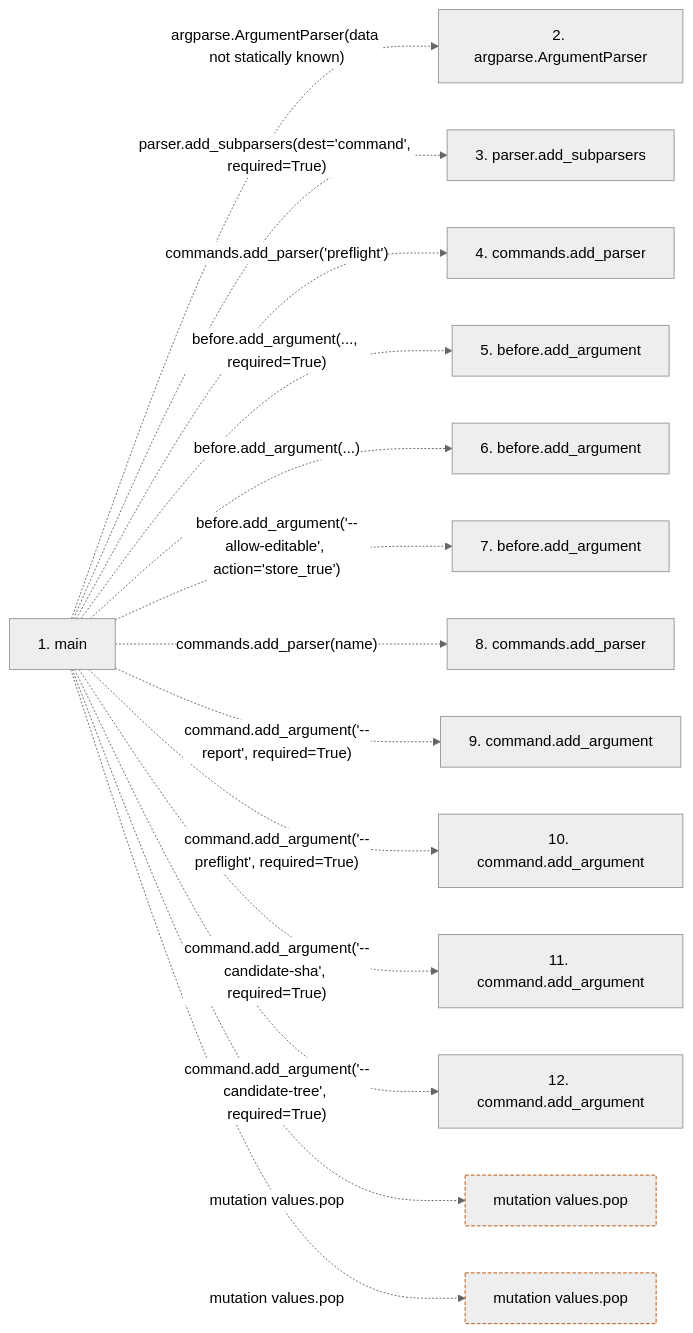
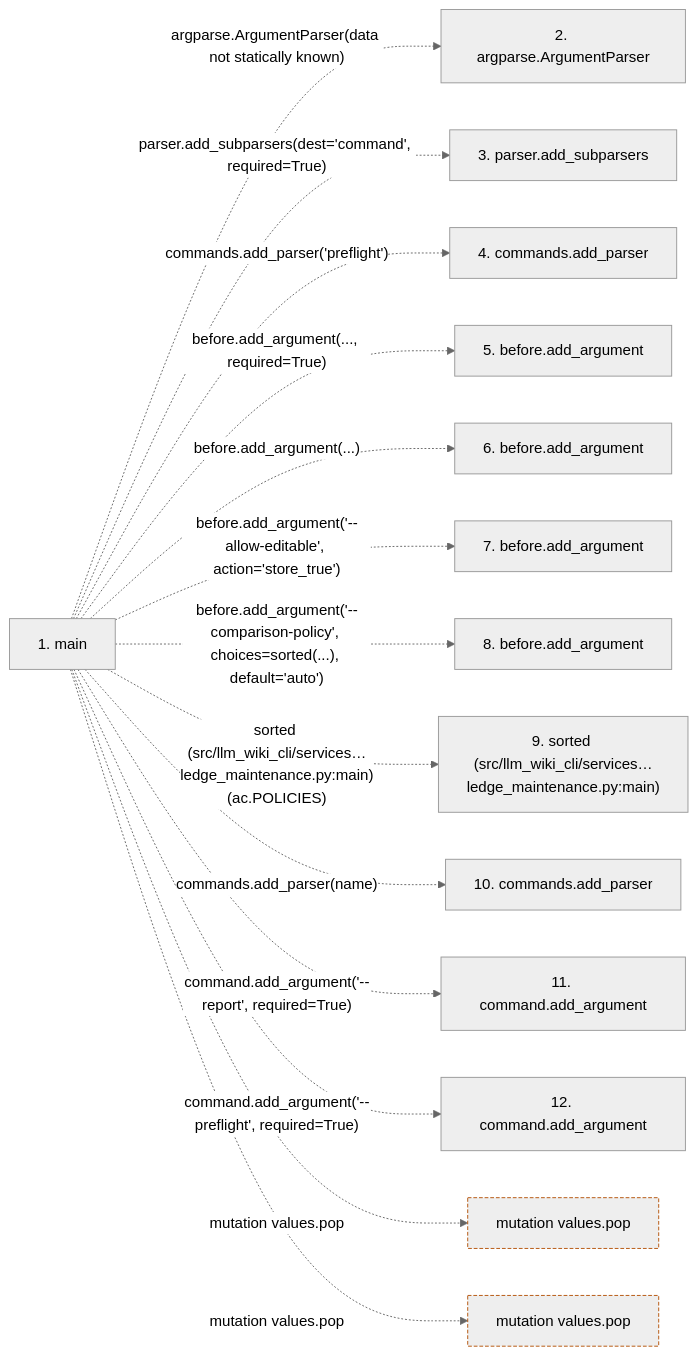
Before and after one commit to Denissvgn/python-wiki-llm: the second of 2 diagrams in docs/llm_wiki/flows/process-knowledge_maintenance.md, drawn with Mermaid (neutral theme). The commit also changed other lines of this file and 391 other files, not shown here.

````diff
--- a/docs/llm_wiki/flows/process-knowledge_maintenance.md
+++ b/docs/llm_wiki/flows/process-knowledge_maintenance.md
@@ -127,34 +128,34 @@
 ```mermaid
 flowchart LR
     s1["1. main"]
     s2["2. argparse.ArgumentParser"]
     s3["3. parser.add_subparsers"]
     s4["4. commands.add_parser"]
     s5["5. before.add_argument"]
     s6["6. before.add_argument"]
     s7["7. before.add_argument"]
-    s8["8. commands.add_parser"]
-    s9["9. command.add_argument"]
-    s10["10. command.add_argument"]
+    s8["8. before.add_argument"]
+    s9["9. sorted (src/llm_wiki_cli/services…ledge_maintenance.py:main)"]
+    s10["10. commands.add_parser"]
     s11["11. command.add_argument"]
     s12["12. command.add_argument"]
     s1 -. "argparse.ArgumentParser(data not statically known)" .-> s2
     s1 -. "parser.add_subparsers(dest='command', required=True)" .-> s3
     s1 -. "commands.add_parser('preflight')" .-> s4
     s1 -. "before.add_argument(..., required=True)" .-> s5
     s1 -. "before.add_argument(...)" .-> s6
     s1 -. "before.add_argument('--allow-editable', action='store_true')" .-> s7
-    s1 -. "commands.add_parser(name)" .-> s8
-    s1 -. "command.add_argument('--report', required=True)" .-> s9
-    s1 -. "command.add_argument('--preflight', required=True)" .-> s10
-    s1 -. "command.add_argument('--candidate-sha', required=True)" .-> s11
-    s1 -. "command.add_argument('--candidate-tree', required=True)" .-> s12
+    s1 -. "before.add_argument('--comparison-policy', choices=sorted(...), default='auto')" .-> s8
+    s1 -. "sorted (src/llm_wiki_cli/services…ledge_maintenance.py:main)(ac.POLICIES)" .-> s9
+    s1 -. "commands.add_parser(name)" .-> s10
+    s1 -. "command.add_argument('--report', required=True)" .-> s11
+    s1 -. "command.add_argument('--preflight', required=True)" .-> s12
     b0["mutation values.pop"]
     s1 -. "mutation values.pop" .-> b0
     b1["mutation values.pop"]
     s1 -. "mutation values.pop" .-> b1
     click s1 "../modules/knowledge_maintenance.md"
     classDef boundary stroke:#b45309,stroke-dasharray: 4 2
     class b0 boundary
     class b1 boundary
 ```
````
